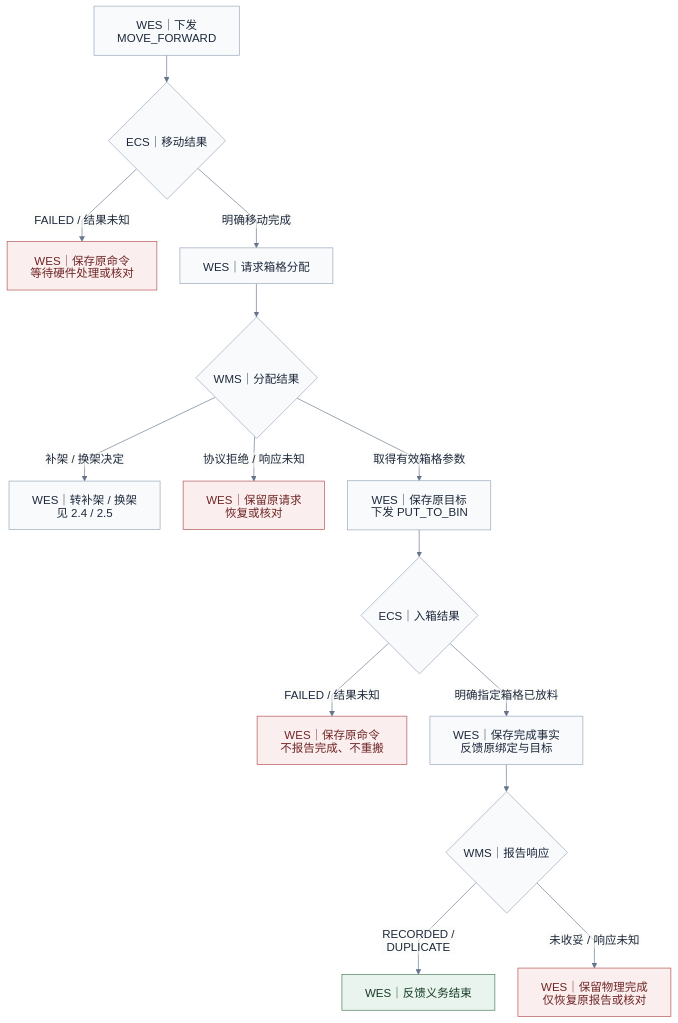
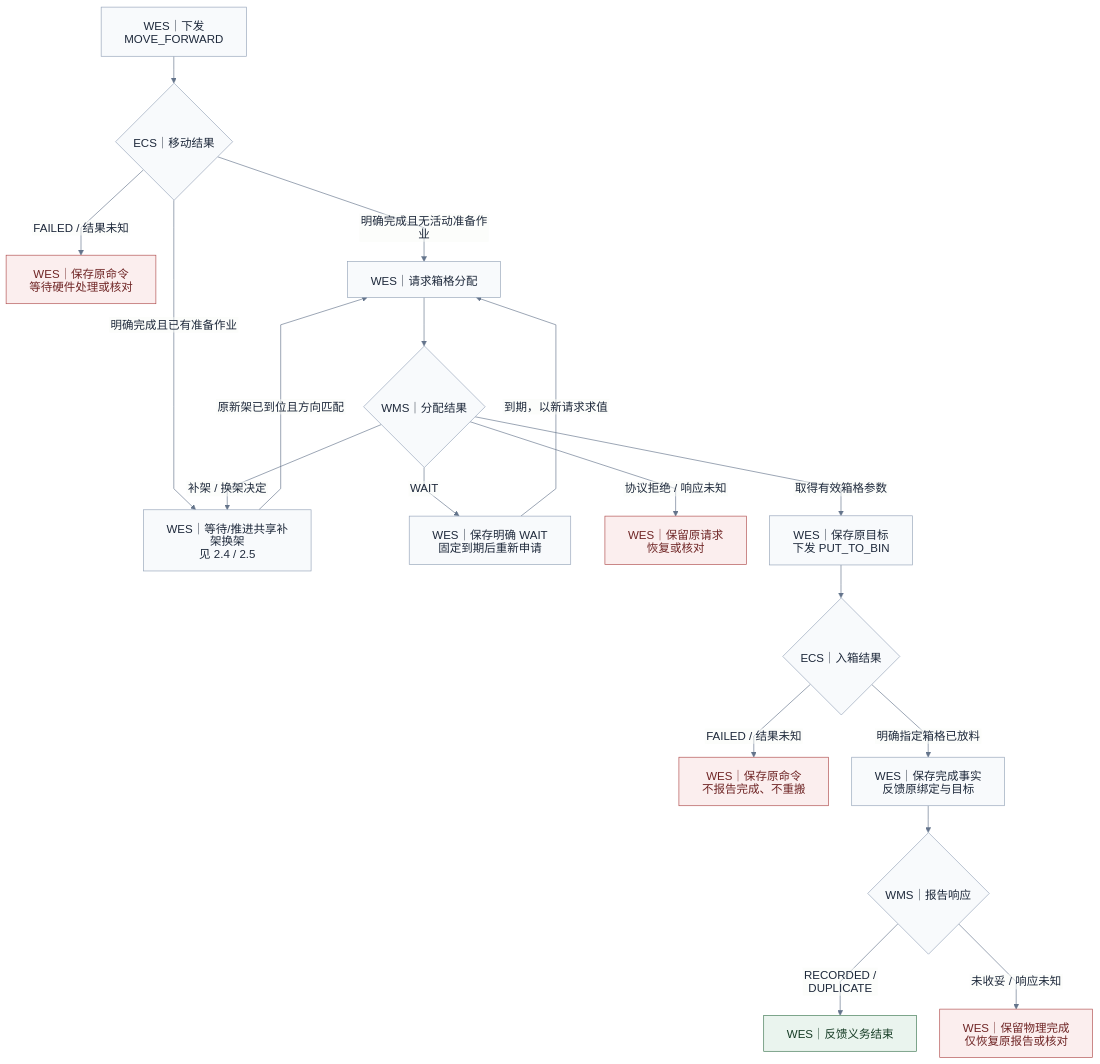
One commit to kaizhoumasha/maintenance-admin changed the second of 5 diagrams in docs/integrations/coarse-sorting-api-draft.md. Above: the diagram before and after it, drawn with Mermaid. The commit also changed other lines of this file and 12 other files, not shown here.

````diff
--- a/docs/integrations/coarse-sorting-api-draft.md
+++ b/docs/integrations/coarse-sorting-api-draft.md
@@ -88,35 +92,40 @@
 ```mermaid
 %%{init: {"htmlLabels":false,"theme":"base","flowchart":{"htmlLabels":false,"padding":18,"nodeSpacing":36,"rankSpacing":42,"curve":"linear"},"themeVariables":{"fontFamily":"sans-serif","fontSize":"18px","primaryColor":"#f8fafc","primaryTextColor":"#1e293b","primaryBorderColor":"#94a3b8","lineColor":"#64748b"}}}%%
 flowchart TB
     start["WES｜下发 MOVE_FORWARD"]
     move{"ECS｜移动结果"}
     movePending["WES｜保存原命令<br/>等待硬件处理或核对"]
     request["WES｜请求箱格分配"]
     allocate{"WMS｜分配结果"}
-    rackPrepare["WES｜转补架 / 换架<br/>见 2.4 / 2.5"]
+    rackPrepare["WES｜等待/推进共享补架换架<br/>见 2.4 / 2.5"]
+    wait["WES｜保存明确 WAIT<br/>固定到期后重新申请"]
     requestPending["WES｜保留原请求<br/>恢复或核对"]
     command["WES｜保存原目标<br/>下发 PUT_TO_BIN"]
     put{"ECS｜入箱结果"}
     putPending["WES｜保存原命令<br/>不报告完成、不重搬"]
     report["WES｜保存完成事实<br/>反馈原绑定与目标"]
     receive{"WMS｜报告响应"}
     reportPending["WES｜保留物理完成<br/>仅恢复原报告或核对"]
     done["WES｜反馈义务结束"]
     start --> move
-    move -->|明确移动完成| request
+    move -->|明确完成且无活动准备作业| request
+    move -->|明确完成且已有准备作业| rackPrepare
     move -->|FAILED / 结果未知| movePending
     request --> allocate
     allocate -->|取得有效箱格参数| command
     allocate -->|补架 / 换架决定| rackPrepare
+    allocate -->|WAIT| wait
+    wait -->|到期，以新请求求值| request
+    rackPrepare -->|原新架已到位且方向匹配| request
     allocate -->|协议拒绝 / 响应未知| requestPending
     command --> put
     put -->|明确指定箱格已放料| report
     put -->|FAILED / 结果未知| putPending
     report --> receive
     receive -->|RECORDED / DUPLICATE| done
     receive -->|未收妥 / 响应未知| reportPending
     classDef pending fill:#fbeeee,stroke:#af4b4b,color:#6f2525
     classDef completed fill:#eaf4ee,stroke:#3d7651,color:#163c25
     class movePending,requestPending,putPending,reportPending pending
     class done completed
 ```
````
